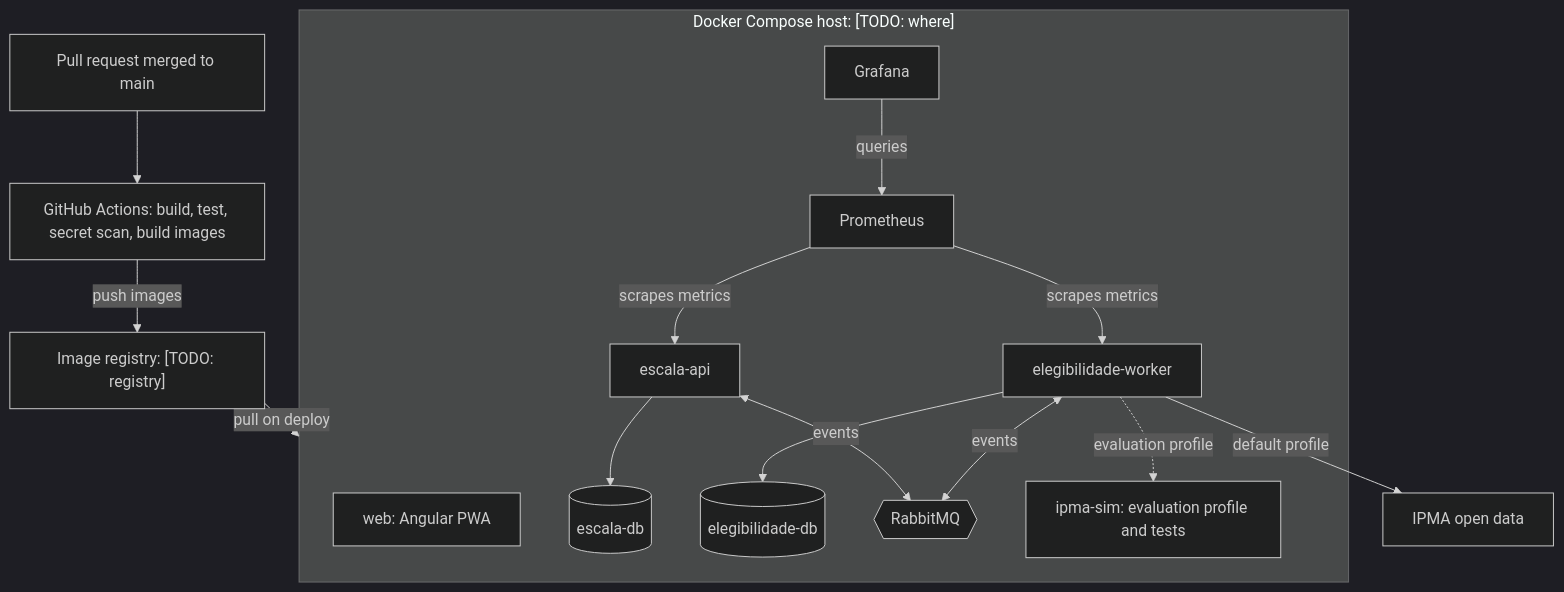
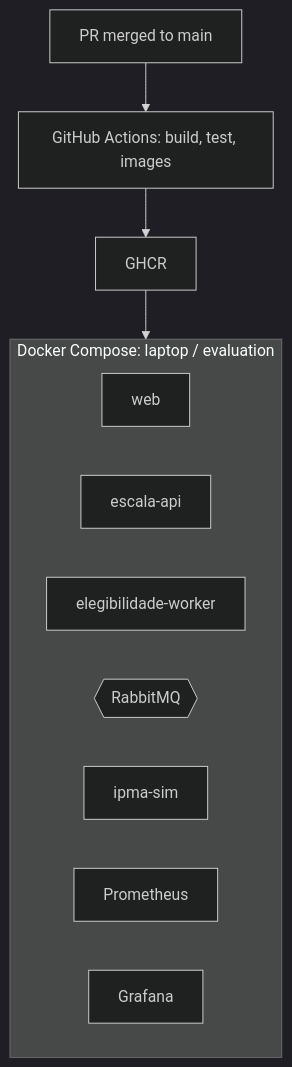
Before and after one commit to DiogoC0307/LABDSOF_2627_1221137_1211439_1211514_1250505: the fifth of 5 diagrams in docs/architecture/technical-design.md, drawn with Mermaid (dark theme). The commit also changed other lines of this file and 3 other files, not shown here.

Commit message:
docs(architecture): fix the technical design (SCRUM-39)

````diff
--- a/docs/architecture/technical-design.md
+++ b/docs/architecture/technical-design.md
@@ -514,26 +192,15 @@
 ```mermaid
 flowchart TB
-  pr["Pull request merged to main"] --> ci["GitHub Actions: build, test, secret scan, build images"]
-  ci -->|"push images"| reg["Image registry: [TODO: registry]"]
-  subgraph host["Docker Compose host: [TODO: where]"]
-    web["web: Angular PWA"]
+  pr["PR merged to main"] --> ci["GitHub Actions: build, test, images"]
+  ci --> reg["GHCR"]
+  subgraph host["Docker Compose: laptop / evaluation"]
+    web["web"]
     api["escala-api"]
     worker["elegibilidade-worker"]
-    apidb[("escala-db")]
-    wdb[("elegibilidade-db")]
     mq{{"RabbitMQ"}}
-    sim["ipma-sim: evaluation profile and tests"]
+    sim["ipma-sim"]
     prom["Prometheus"]
     graf["Grafana"]
   end
-  reg -->|"pull on deploy"| host
-  api --> apidb
-  worker --> wdb
-  api <-->|"events"| mq
-  worker <-->|"events"| mq
-  prom -->|"scrapes metrics"| api
-  prom -->|"scrapes metrics"| worker
-  graf -->|"queries"| prom
-  worker -->|"default profile"| ipma["IPMA open data"]
-  worker -.->|"evaluation profile"| sim
+  reg --> host
 ```
````
